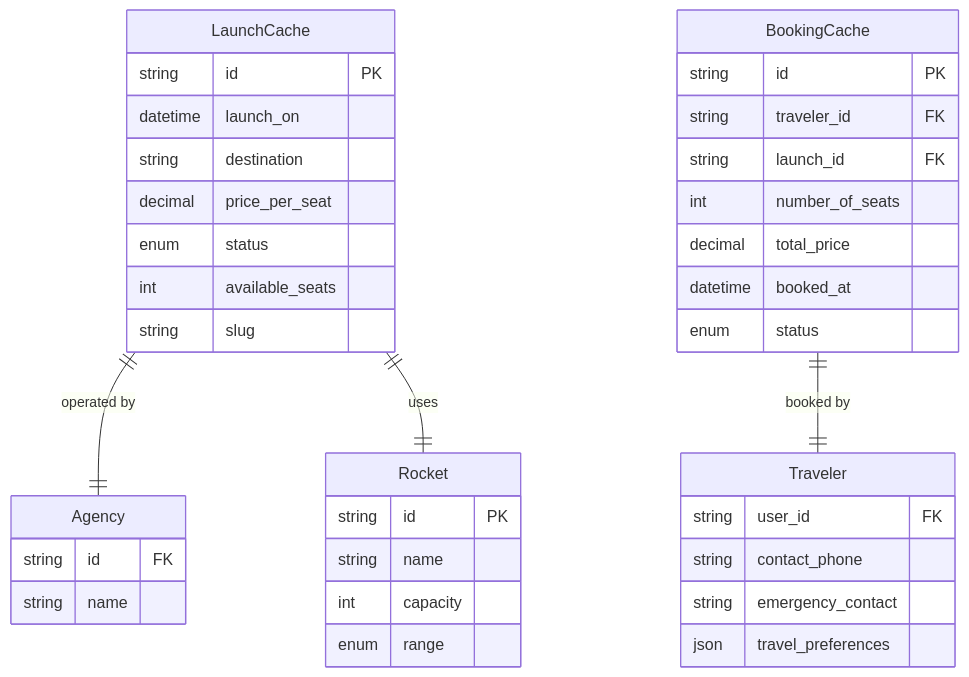
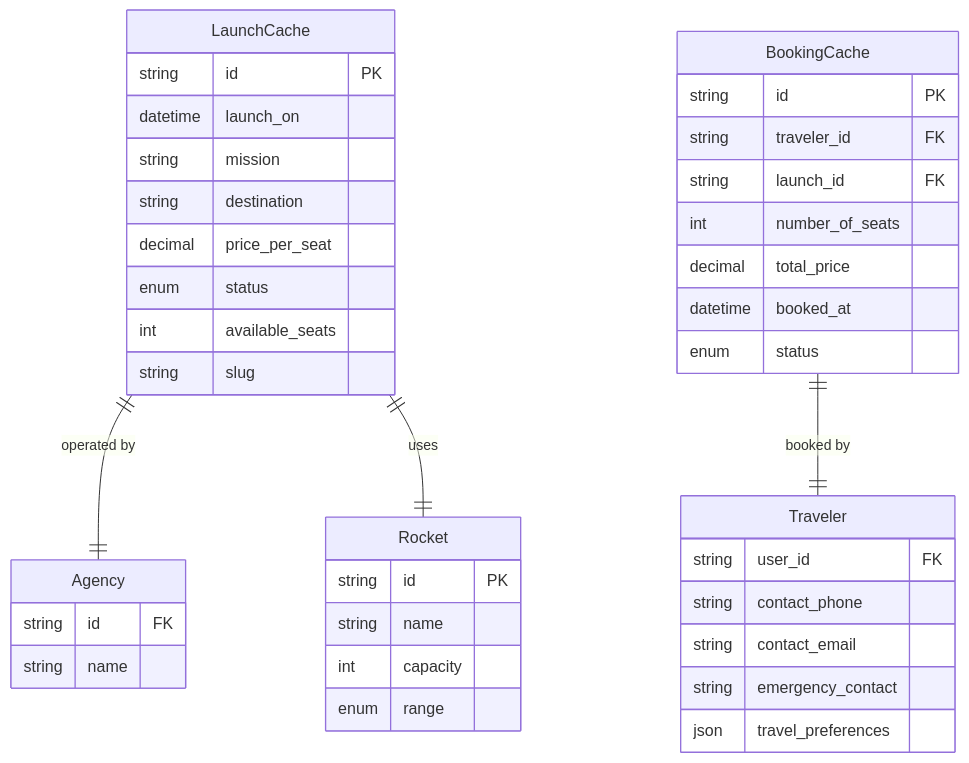
Before and after one commit to AstroBookings/.github: the diagram in profile/3-implementation/5_2-cache.schema.md, drawn with Mermaid. The commit also changed other lines of this file, not shown here.

Commit message:
fix: cacne mongo schema

````diff
--- a/profile/3-implementation/5_2-cache.schema.md
+++ b/profile/3-implementation/5_2-cache.schema.md
@@ -7,41 +7,43 @@
 ```mermaid
 erDiagram
     LaunchCache {
         string id PK
         datetime launch_on
+        string mission
         string destination
         decimal price_per_seat
         enum status
         int available_seats
         string slug
     }
     Agency {
         string id FK
         string name
     }
     Rocket {
         string id PK
         string name
         int capacity
         enum range
     }
     LaunchCache ||--|| Agency : "operated by"
     LaunchCache ||--|| Rocket : "uses"
 
     BookingCache {
         string id PK
         string traveler_id FK
         string launch_id FK
         int number_of_seats
         decimal total_price
         datetime booked_at
         enum status
     }
     Traveler {
         string user_id FK
         string contact_phone
+        string contact_email
         string emergency_contact
         json travel_preferences
     }
     BookingCache ||--|| Traveler : "booked by"
 ```
````
